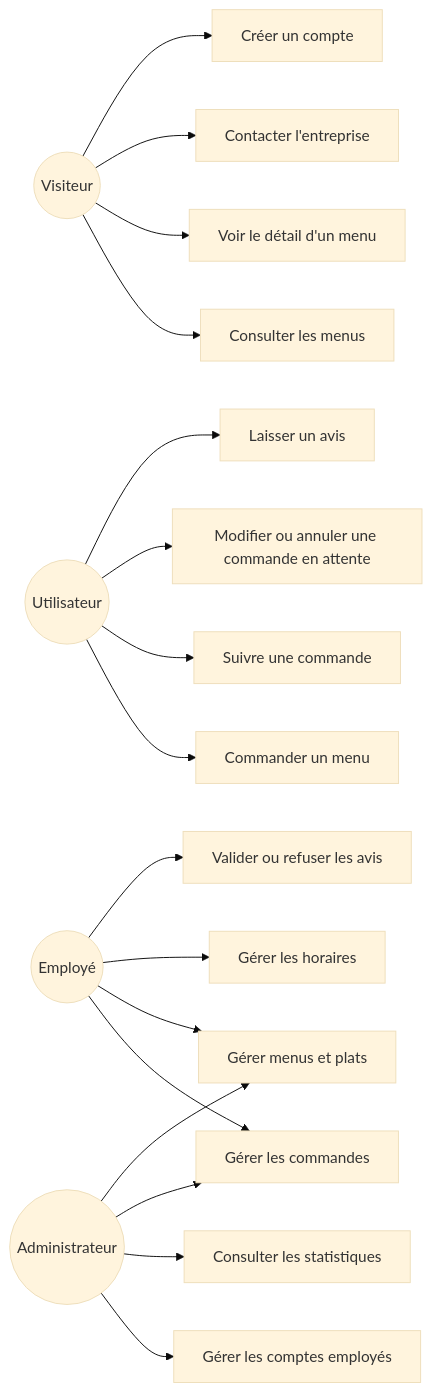
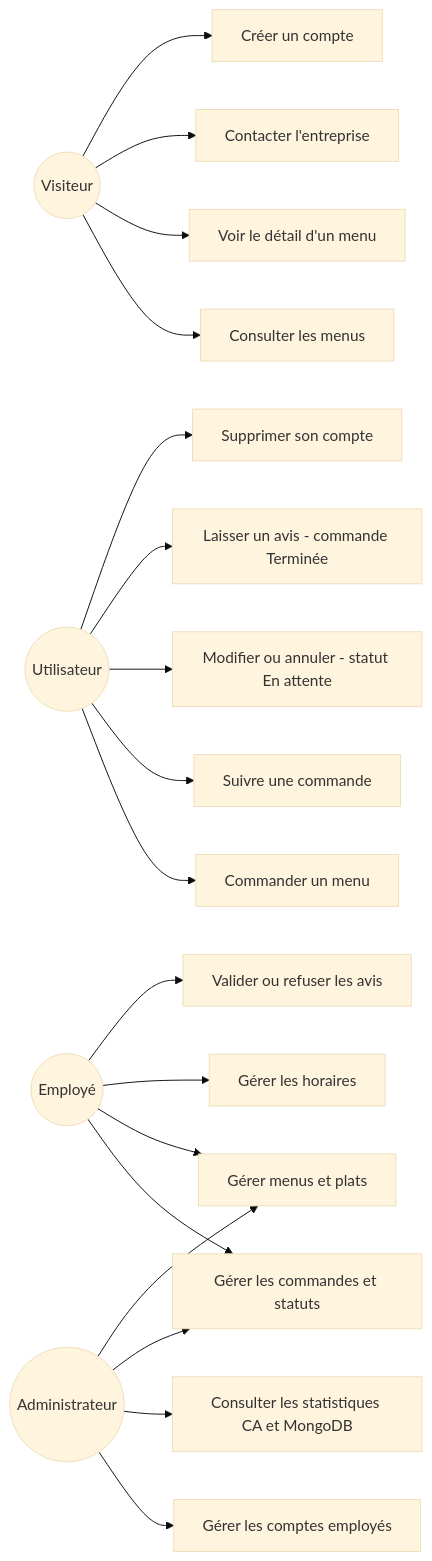
The second of 3 diagrams in docs/documentation-technique.md (AmineAKIK/vite-gourmand-ecf), drawn with Mermaid (base theme) before and after one commit. The commit also changed other lines of this file and 58 other files, not shown here.

````diff
--- a/docs/documentation-technique.md
+++ b/docs/documentation-technique.md
@@ -120,27 +220,28 @@
 ```mermaid
 flowchart LR
     Visiteur((Visiteur))
     Client((Utilisateur))
     Employe((Employé))
     Admin((Administrateur))
 
     Visiteur --> ConsulterMenus[Consulter les menus]
     Visiteur --> VoirDetail[Voir le détail d'un menu]
     Visiteur --> Contact[Contacter l'entreprise]
     Visiteur --> CreerCompte[Créer un compte]
 
     Client --> Commander[Commander un menu]
     Client --> Suivre[Suivre une commande]
-    Client --> ModifierCommande[Modifier ou annuler une commande en attente]
-    Client --> Avis[Laisser un avis]
+    Client --> ModifierCommande[Modifier ou annuler - statut En attente]
+    Client --> Avis[Laisser un avis - commande Terminée]
+    Client --> SupprimerCompte[Supprimer son compte]
 
-    Employe --> GererCommandes[Gérer les commandes]
+    Employe --> GererCommandes[Gérer les commandes et statuts]
     Employe --> GererMenus[Gérer menus et plats]
     Employe --> GererHoraires[Gérer les horaires]
     Employe --> ModererAvis[Valider ou refuser les avis]
 
     Admin --> GererEmployes[Gérer les comptes employés]
-    Admin --> Stats[Consulter les statistiques]
+    Admin --> Stats[Consulter les statistiques CA et MongoDB]
     Admin --> GererCommandes
     Admin --> GererMenus
 ```
````
